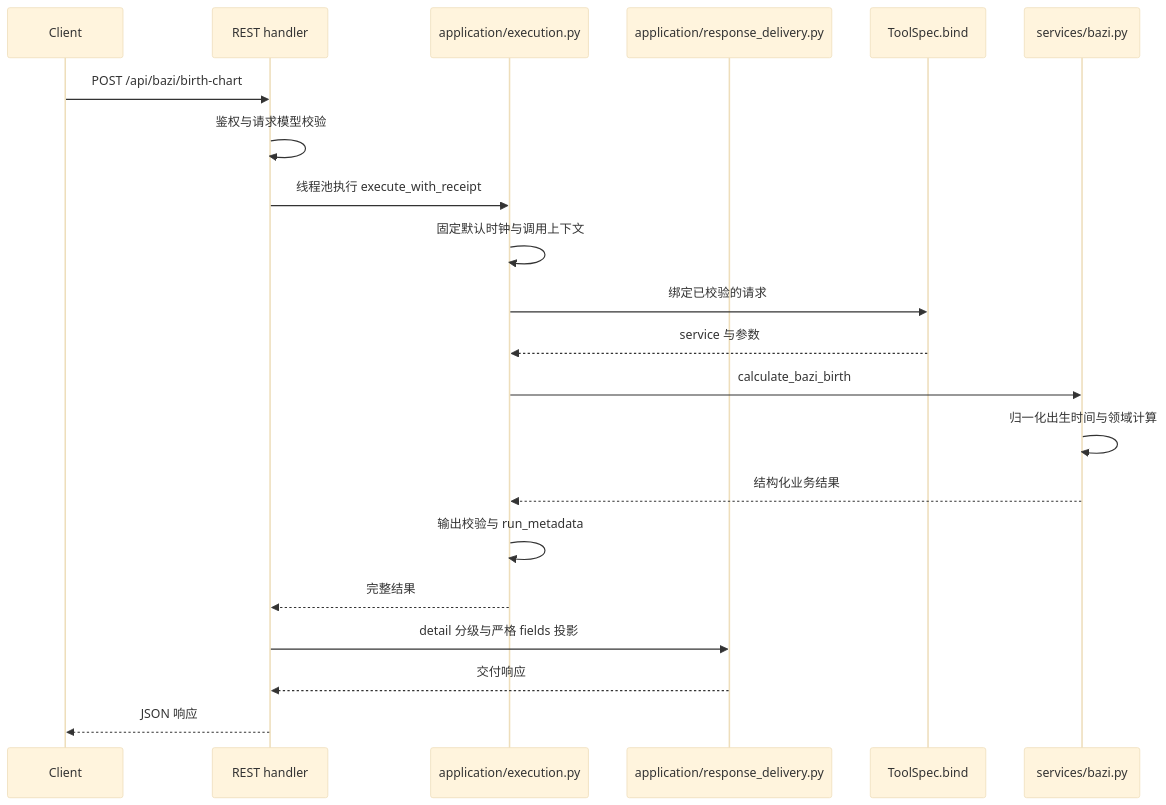
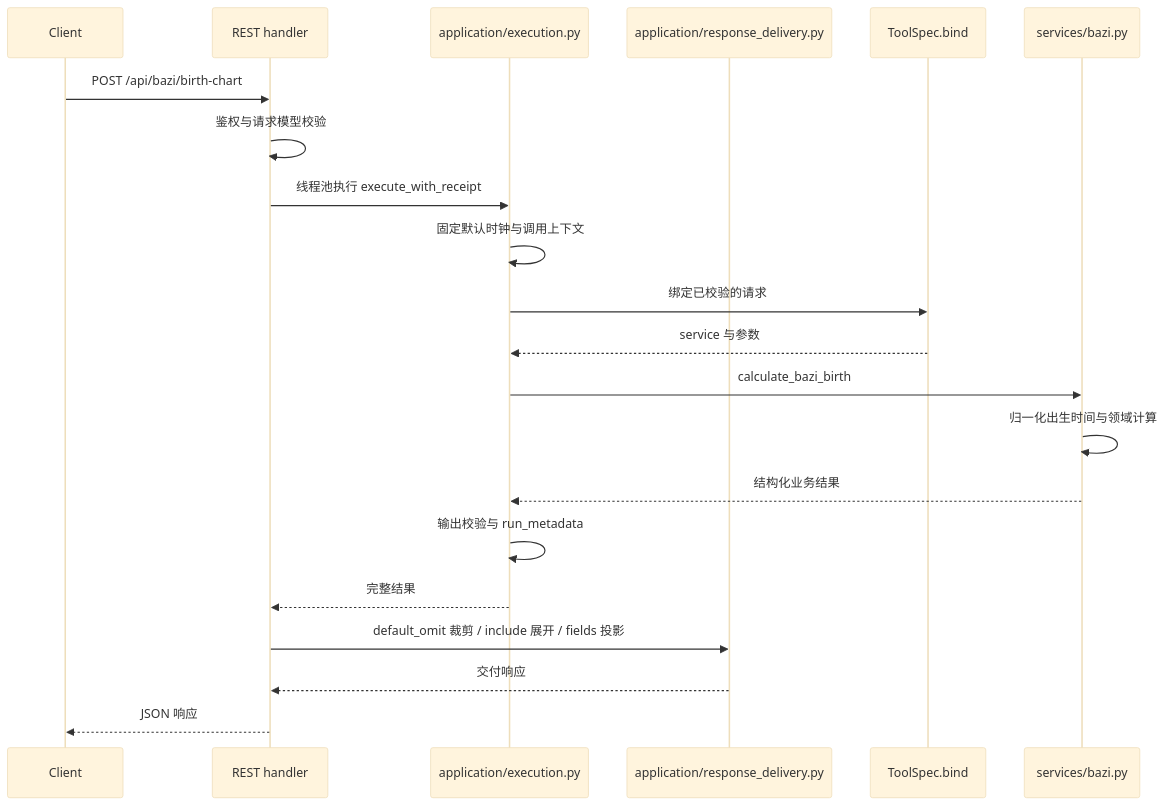
Before and after one commit to thomas-yanxin/FateBridge: the second of 2 diagrams in docs/architecture.md, drawn with Mermaid (base theme). The commit also changed other lines of this file and 279 other files, not shown here.

````diff
--- a/docs/architecture.md
+++ b/docs/architecture.md
@@ -50,23 +50,23 @@
 ```mermaid
 sequenceDiagram
     participant C as Client
     participant R as REST handler
     participant E as application/execution.py
     participant D as application/response_delivery.py
     participant B as ToolSpec.bind
     participant S as services/bazi.py
     C->>R: POST /api/bazi/birth-chart
     R->>R: 鉴权与请求模型校验
     R->>E: 线程池执行 execute_with_receipt
     E->>E: 固定默认时钟与调用上下文
     E->>B: 绑定已校验的请求
     B-->>E: service 与参数
     E->>S: calculate_bazi_birth
     S->>S: 归一化出生时间与领域计算
     S-->>E: 结构化业务结果
     E->>E: 输出校验与 run_metadata
     E-->>R: 完整结果
-    R->>D: detail 分级与严格 fields 投影
+    R->>D: default_omit 裁剪 / include 展开 / fields 投影
     D-->>R: 交付响应
     R-->>C: JSON 响应
 ```
````
